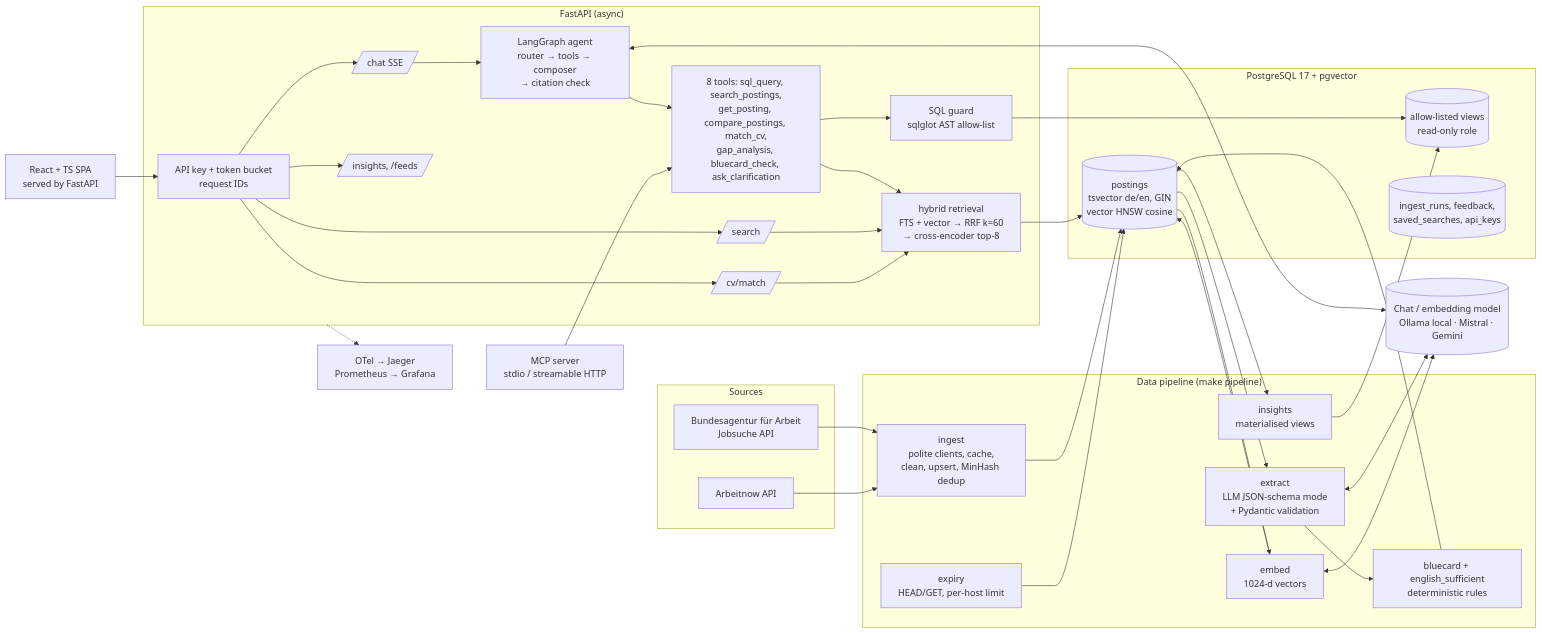
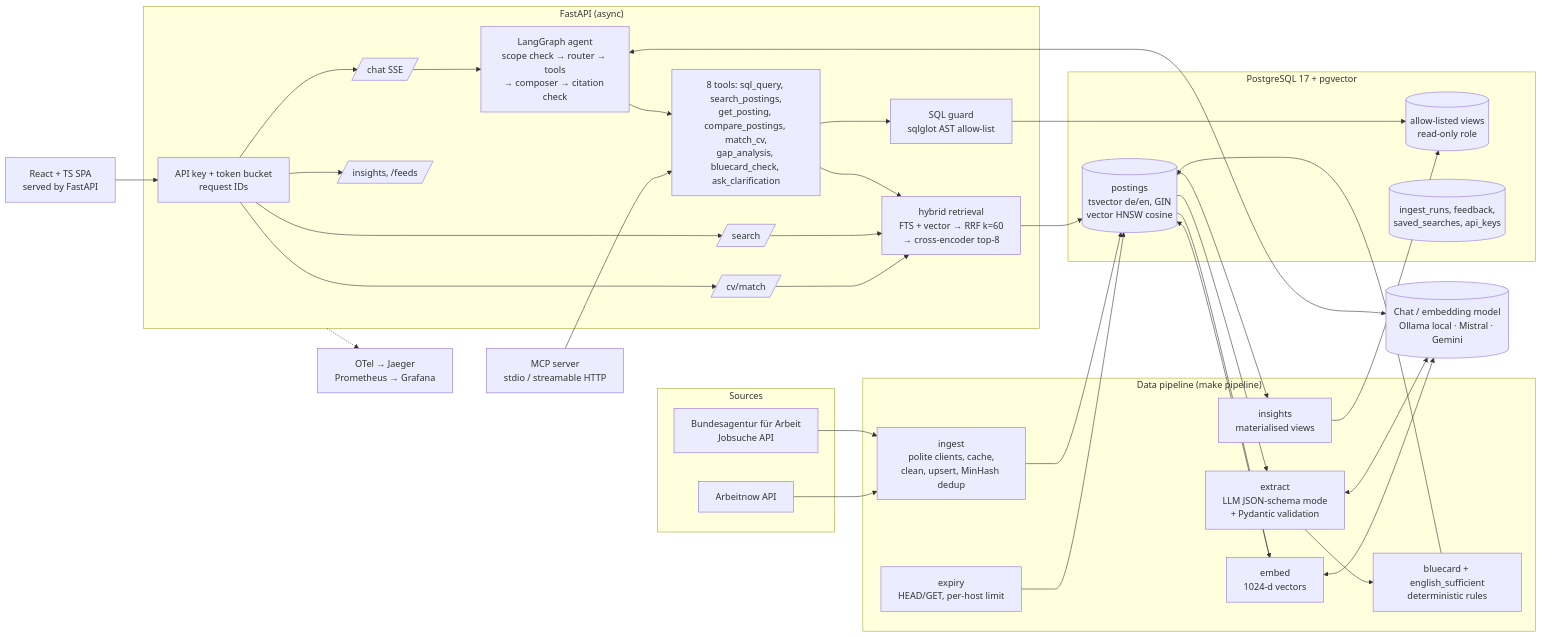
The diagram in docs/ARCHITECTURE.md (srghosh56/jobscout), drawn with Mermaid before and after one commit. The commit also changed other lines of this file and 3 other files, not shown here.

Commit message:
docs: describe scope check, argument repair and current limitations

````diff
--- a/docs/ARCHITECTURE.md
+++ b/docs/ARCHITECTURE.md
@@ -3,54 +3,54 @@
 ```mermaid
 flowchart LR
   subgraph Sources
     BA[Bundesagentur für Arbeit<br/>Jobsuche API]
     AN[Arbeitnow API]
   end
   subgraph Pipeline["Data pipeline (make pipeline)"]
     ING[ingest<br/>polite clients, cache,<br/>clean, upsert, MinHash dedup]
     EXT[extract<br/>LLM JSON-schema mode<br/>+ Pydantic validation]
     BC[bluecard + english_sufficient<br/>deterministic rules]
     EMB[embed<br/>1024-d vectors]
     INS[insights<br/>materialised views]
     EXP[expiry<br/>HEAD/GET, per-host limit]
   end
   subgraph DB["PostgreSQL 17 + pgvector"]
     P[(postings<br/>tsvector de/en, GIN<br/>vector HNSW cosine)]
     V[(allow-listed views<br/>read-only role)]
     O[(ingest_runs, feedback,<br/>saved_searches, api_keys)]
   end
   subgraph API["FastAPI (async)"]
     AUTH[API key + token bucket<br/>request IDs]
     SR[/search/]
     CH[/chat SSE/]
     CV[/cv/match/]
     IN[/insights, /feeds/]
-    AG[LangGraph agent<br/>router → tools → composer<br/>→ citation check]
+    AG[LangGraph agent<br/>scope check → router → tools<br/>→ composer → citation check]
     TOOLS[8 tools: sql_query, search_postings,<br/>get_posting, compare_postings, match_cv,<br/>gap_analysis, bluecard_check, ask_clarification]
     HY[hybrid retrieval<br/>FTS + vector → RRF k=60<br/>→ cross-encoder top-8]
     G[SQL guard<br/>sqlglot AST allow-list]
   end
   WEB[React + TS SPA<br/>served by FastAPI]
   MCP[MCP server<br/>stdio / streamable HTTP]
   LLM[(Chat / embedding model<br/>Ollama local · Mistral · Gemini)]
   OBS[OTel → Jaeger<br/>Prometheus → Grafana]
 
   BA --> ING
   AN --> ING
   ING --> P
   P --> EXT --> BC --> P
   P --> EMB --> P
   P --> INS --> V
   EXP --> P
   WEB --> AUTH --> SR & CH & CV & IN
   CH --> AG --> TOOLS
   TOOLS --> HY --> P
   TOOLS --> G --> V
   SR --> HY
   CV --> HY
   AG <--> LLM
   EXT <--> LLM
   EMB <--> LLM
   MCP --> TOOLS
   API -.-> OBS
 ```
````
